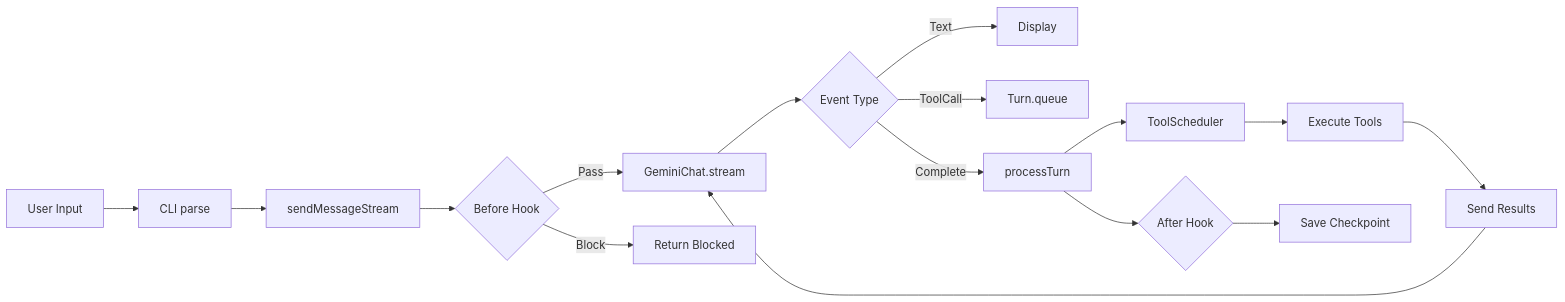
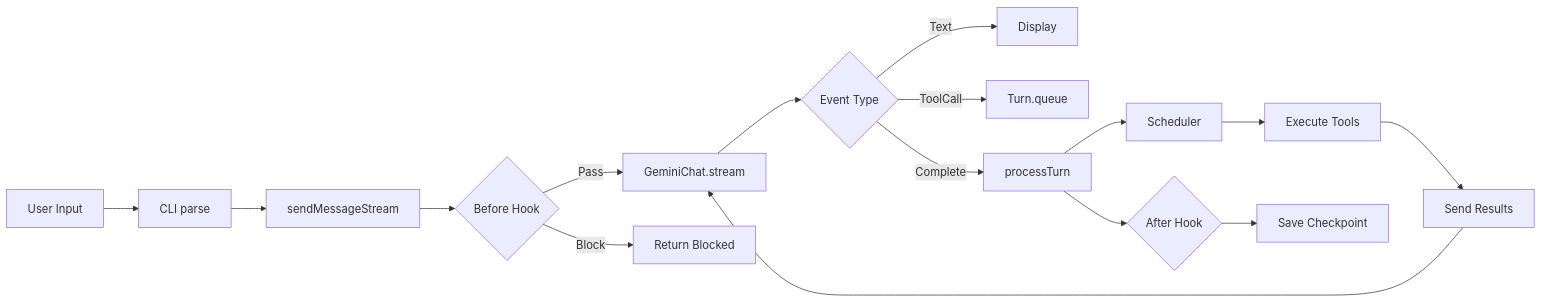
The second of 3 diagrams in docs/gemini-cli/01-gemini-cli-overview.md (giraffe-tree/agent-base), drawn with Mermaid before and after one commit. The commit also changed other lines of this file and 7 other files, not shown here.

````diff
--- a/docs/gemini-cli/01-gemini-cli-overview.md
+++ b/docs/gemini-cli/01-gemini-cli-overview.md
@@ -251,18 +269,18 @@
 ```mermaid
 flowchart LR
     A[User Input] --> B[CLI parse]
     B --> C[sendMessageStream]
     C --> D{Before Hook}
     D -->|Pass| E[GeminiChat.stream]
     D -->|Block| F[Return Blocked]
     E --> G{Event Type}
     G -->|Text| H[Display]
     G -->|ToolCall| I[Turn.queue]
     G -->|Complete| J[processTurn]
-    J --> K[ToolScheduler]
+    J --> K[Scheduler]
     K --> L[Execute Tools]
     L --> M[Send Results]
     M --> E
     J --> N{After Hook}
     N --> O[Save Checkpoint]
 ```
````
